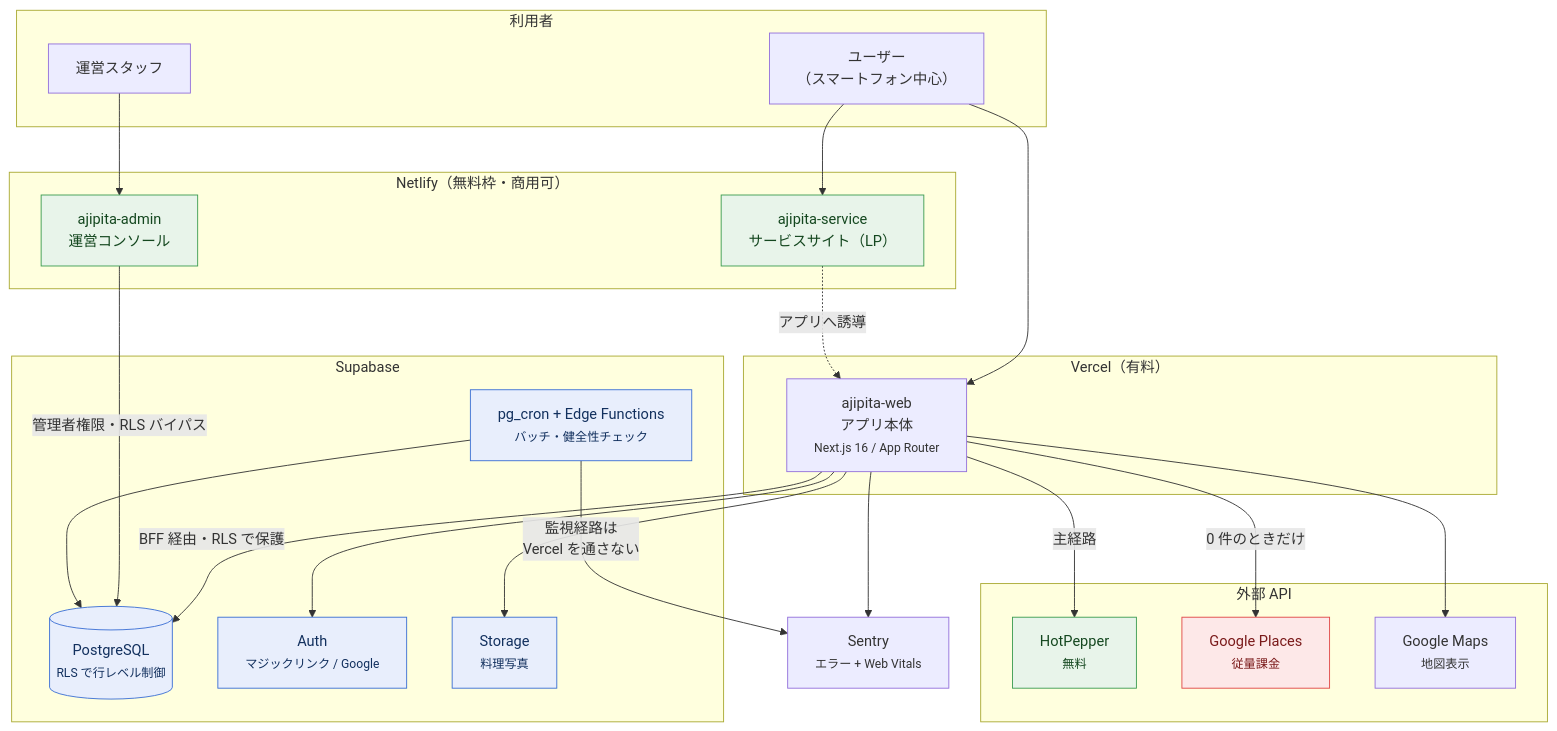
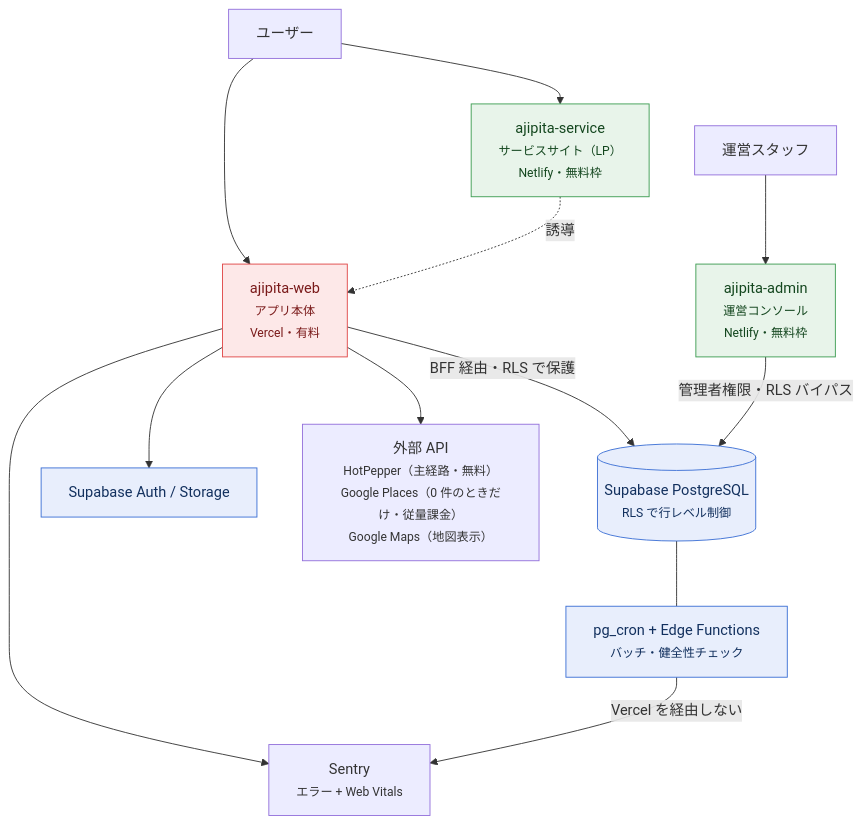
One commit to tzptzptzptzptzp/ajipita-inside changed the first of 4 diagrams in docs/diagrams.md. Above: the diagram before and after it, drawn with Mermaid. The commit also changed other lines of this file, not shown here.

Commit message:
📊 構成図を実ブラウザで検証し、レイアウトを修正
Chromium で描画して実寸を確認:
- A: subgraph を畳んで 1939px → 933px（GitHub 幅に収める）
- D: LR → TB で 1510px → 641px、main の潰れを解消
- ラベルの途中改行を修正

全4枚 Mermaid 11 で描画確認済み。

````diff
--- a/docs/diagrams.md
+++ b/docs/diagrams.md
@@ -9,57 +9,37 @@
 ```mermaid
 flowchart TB
-    subgraph client["利用者"]
-        U["ユーザー<br/>（スマートフォン中心）"]
-        OP["運営スタッフ"]
-    end
+    U["ユーザー"]
+    OP["運営スタッフ"]
 
-    subgraph vercel["Vercel（有料）"]
-        WEB["ajipita-web<br/>アプリ本体<br/><small>Next.js 16 / App Router</small>"]
-    end
+    SERVICE["ajipita-service<br/><small>サービスサイト（LP）<br/>Netlify・無料枠</small>"]
+    WEB["ajipita-web<br/><small>アプリ本体<br/>Vercel・有料</small>"]
+    ADMIN["ajipita-admin<br/><small>運営コンソール<br/>Netlify・無料枠</small>"]
 
-    subgraph netlify["Netlify（無料枠・商用可）"]
-        SERVICE["ajipita-service<br/>サービスサイト（LP）"]
-        ADMIN["ajipita-admin<br/>運営コンソール"]
-    end
+    DB[("Supabase PostgreSQL<br/><small>RLS で行レベル制御</small>")]
+    SBX["Supabase Auth / Storage"]
+    CRON["pg_cron + Edge Functions<br/><small>バッチ・健全性チェック</small>"]
 
-    subgraph supabase["Supabase"]
-        DB[("PostgreSQL<br/><small>RLS で行レベル制御</small>")]
-        AUTH["Auth<br/><small>マジックリンク / Google</small>"]
-        STORAGE["Storage<br/><small>料理写真</small>"]
-        CRON["pg_cron + Edge Functions<br/><small>バッチ・健全性チェック</small>"]
-    end
-
-    subgraph external["外部 API"]
-        HP["HotPepper<br/><small>無料</small>"]
-        PLACES["Google Places<br/><small>従量課金</small>"]
-        MAPS["Google Maps<br/><small>地図表示</small>"]
-    end
-
+    EXT["外部 API<br/><small>HotPepper（主経路・無料）<br/>Google Places（0 件のときだけ・従量課金）<br/>Google Maps（地図表示）</small>"]
     SENTRY["Sentry<br/><small>エラー + Web Vitals</small>"]
 
     U --> SERVICE
     U --> WEB
     OP --> ADMIN
-
-    SERVICE -.->|"アプリへ誘導"| WEB
+    SERVICE -.->|"誘導"| WEB
 
     WEB -->|"BFF 経由・RLS で保護"| DB
-    WEB --> AUTH
-    WEB --> STORAGE
-    WEB -->|"主経路"| HP
-    WEB -->|"0 件のときだけ"| PLACES
-    WEB --> MAPS
+    ADMIN -->|"管理者権限・RLS バイパス"| DB
+    WEB --> SBX
+    WEB --> EXT
+    WEB --> SENTRY
 
-    ADMIN -->|"管理者権限・RLS バイパス"| DB
-
-    CRON --> DB
-    CRON -->|"監視経路は<br/>Vercel を通さない"| SENTRY
-    WEB --> SENTRY
+    DB --- CRON
+    CRON -->|"Vercel を経由しない"| SENTRY
 
     classDef paid fill:#fde8e8,stroke:#e04747,color:#7a1a1a
     classDef free fill:#e8f4ea,stroke:#3d9c52,color:#14471f
     classDef data fill:#e8eefc,stroke:#3b6fd4,color:#12305e
-    class PLACES paid
-    class HP,SERVICE,ADMIN free
-    class DB,AUTH,STORAGE,CRON data
+    class WEB paid
+    class SERVICE,ADMIN free
+    class DB,SBX,CRON data
 ```
````
